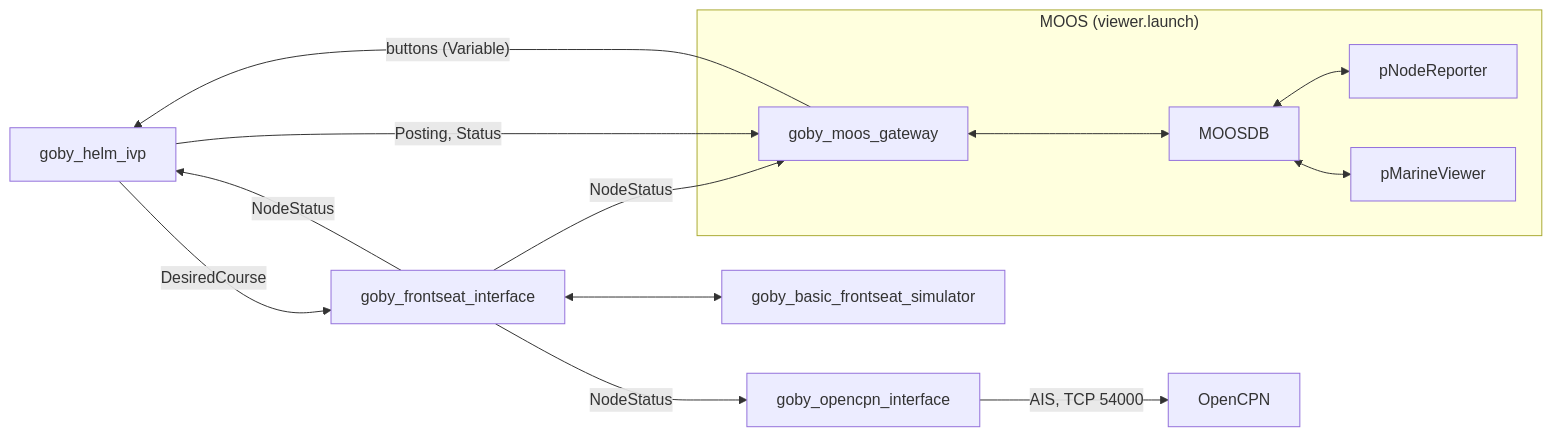
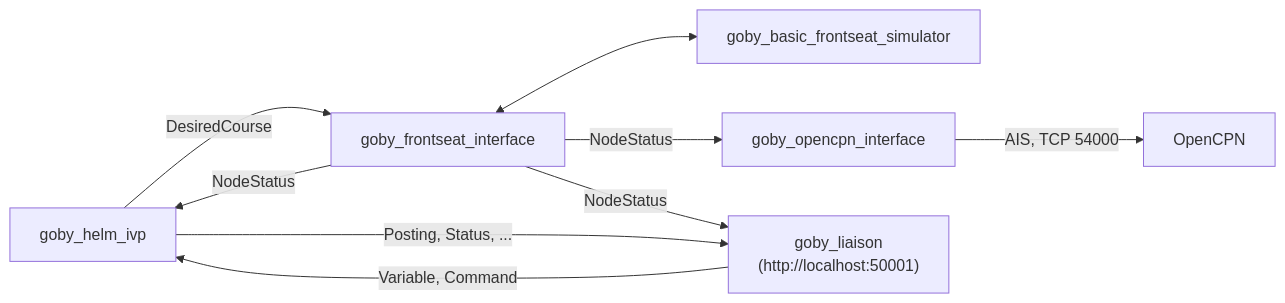
One commit to GobySoft/IvPico changed the diagram in launch/goby/alpha/README.md. Above: the diagram before and after it, drawn with Mermaid. The commit also changed other lines of this file and 10 other files, not shown here.

First line of the commit message:
alpha: Liaison's map in place of pMarineViewer

````diff
--- a/launch/goby/alpha/README.md
+++ b/launch/goby/alpha/README.md
@@ -7,15 +7,11 @@
 ```mermaid
 flowchart LR
   helm["goby_helm_ivp"] -- "DesiredCourse" --> fs["goby_frontseat_interface"]
   fs <--> sim["goby_basic_frontseat_simulator"]
   fs -- "NodeStatus" --> helm
   fs -- "NodeStatus" --> ocpn["goby_opencpn_interface"]
   ocpn -- "AIS, TCP 54000" --> opencpn["OpenCPN"]
-  fs -- "NodeStatus" --> gw["goby_moos_gateway"]
-  helm -- "Posting, Status" --> gw
-  gw -- "buttons (Variable)" --> helm
-  subgraph moos["MOOS (viewer.launch)"]
-    gw <--> db["MOOSDB"] <--> pnr["pNodeReporter"]
-    db <--> pmv["pMarineViewer"]
-  end
+  fs -- "NodeStatus" --> liaison["goby_liaison<br/>(http://localhost:50001)"]
+  helm -- "Posting, Status, ..." --> liaison
+  liaison -- "Variable, Command" --> helm
 ```
````
